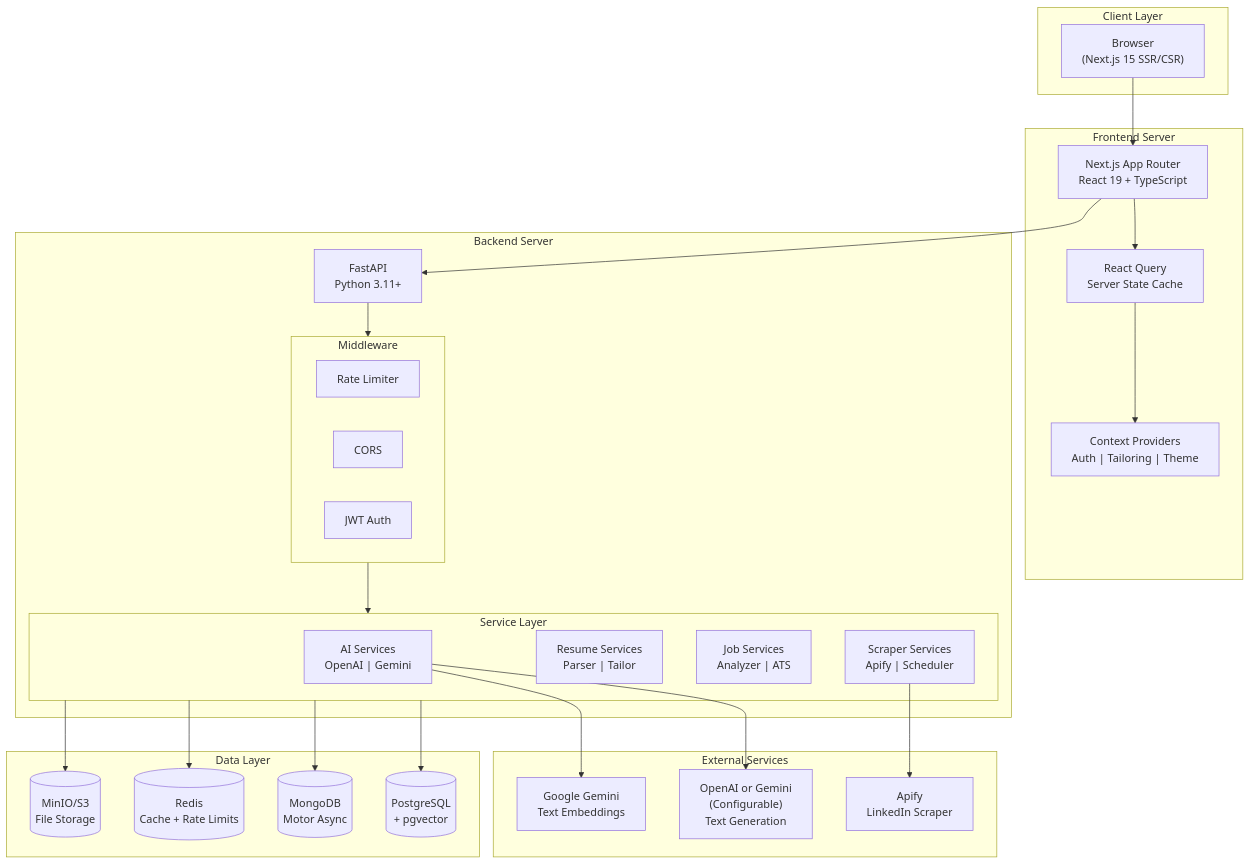
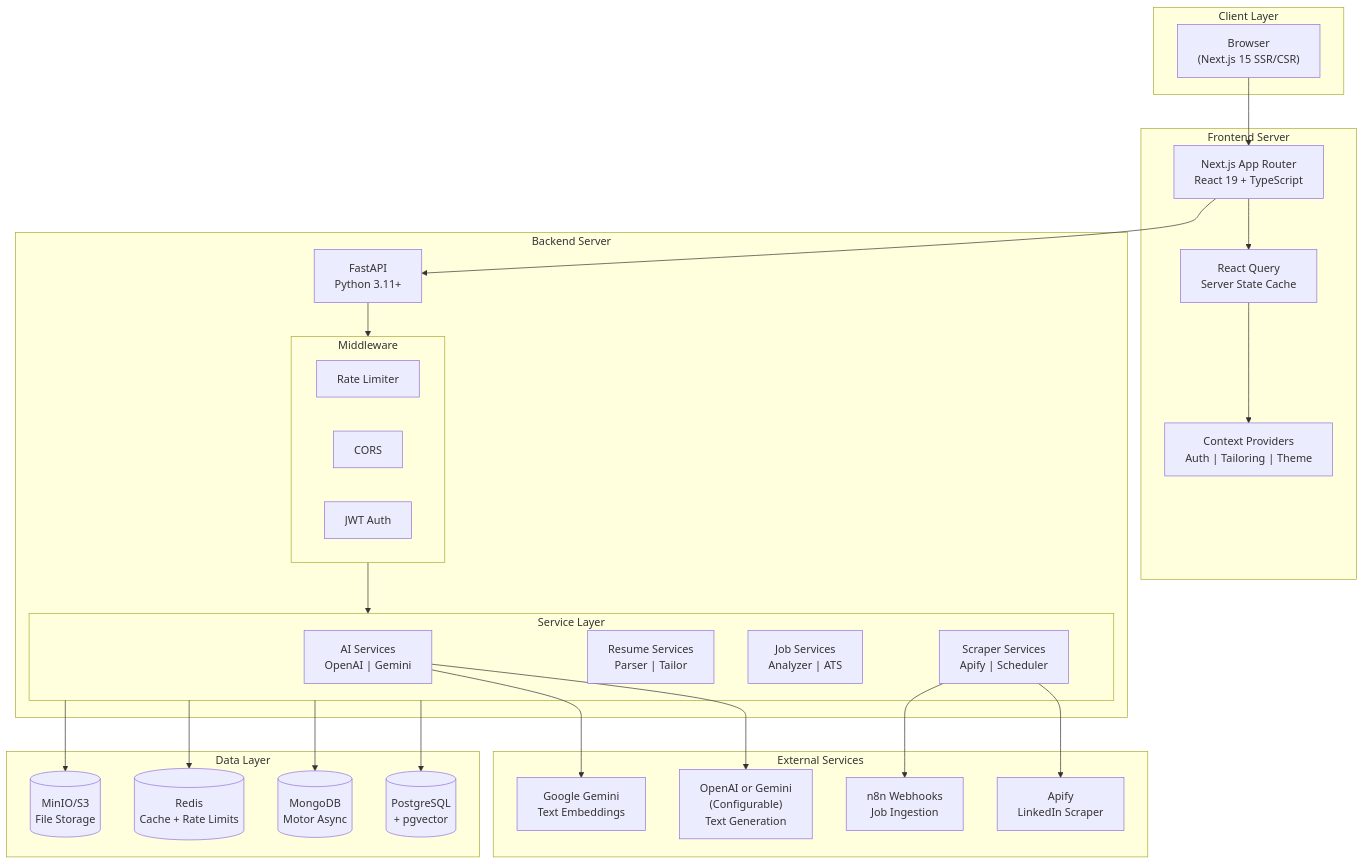
One commit to Sungchunn/AI-Resume-Tailor changed the first of 33 diagrams in docs/architecture/system-architecture.md. Above: the diagram before and after it, drawn with Mermaid. The commit also changed other lines of this file, not shown here.

First line of the commit message:
docs: update system architecture with webhook integration and schema corrections

````diff
--- a/docs/architecture/system-architecture.md
+++ b/docs/architecture/system-architecture.md
@@ -40,57 +40,59 @@
 ```mermaid
 flowchart TB
     subgraph Client["Client Layer"]
         Browser["Browser<br/>(Next.js 15 SSR/CSR)"]
     end
 
     subgraph Frontend["Frontend Server"]
         NextJS["Next.js App Router<br/>React 19 + TypeScript"]
         RQ["React Query<br/>Server State Cache"]
         Contexts["Context Providers<br/>Auth | Tailoring | Theme"]
     end
 
     subgraph Backend["Backend Server"]
         FastAPI["FastAPI<br/>Python 3.11+"]
         subgraph Services["Service Layer"]
             AIServices["AI Services<br/>OpenAI | Gemini"]
             ResumeServices["Resume Services<br/>Parser | Tailor"]
             JobServices["Job Services<br/>Analyzer | ATS"]
             ScraperServices["Scraper Services<br/>Apify | Scheduler"]
         end
         subgraph Middleware["Middleware"]
             RateLimit["Rate Limiter"]
             CORS["CORS"]
             Auth["JWT Auth"]
         end
     end
 
     subgraph DataLayer["Data Layer"]
         PostgreSQL[(PostgreSQL<br/>+ pgvector)]
         MongoDB[(MongoDB<br/>Motor Async)]
         Redis[(Redis<br/>Cache + Rate Limits)]
         MinIO[(MinIO/S3<br/>File Storage)]
     end
 
     subgraph External["External Services"]
         AIProvider["OpenAI or Gemini<br/>(Configurable)<br/>Text Generation"]
         GeminiEmbed["Google Gemini<br/>Text Embeddings"]
         Apify["Apify<br/>LinkedIn Scraper"]
+        N8N["n8n Webhooks<br/>Job Ingestion"]
     end
 
     Browser --> NextJS
     NextJS --> RQ
     RQ --> Contexts
     NextJS --> FastAPI
 
     FastAPI --> Middleware
     Middleware --> Services
 
     AIServices --> AIProvider
     AIServices --> GeminiEmbed
     ScraperServices --> Apify
+    ScraperServices --> N8N
 
     Services --> PostgreSQL
     Services --> MongoDB
     Services --> Redis
     Services --> MinIO
 ```
````
